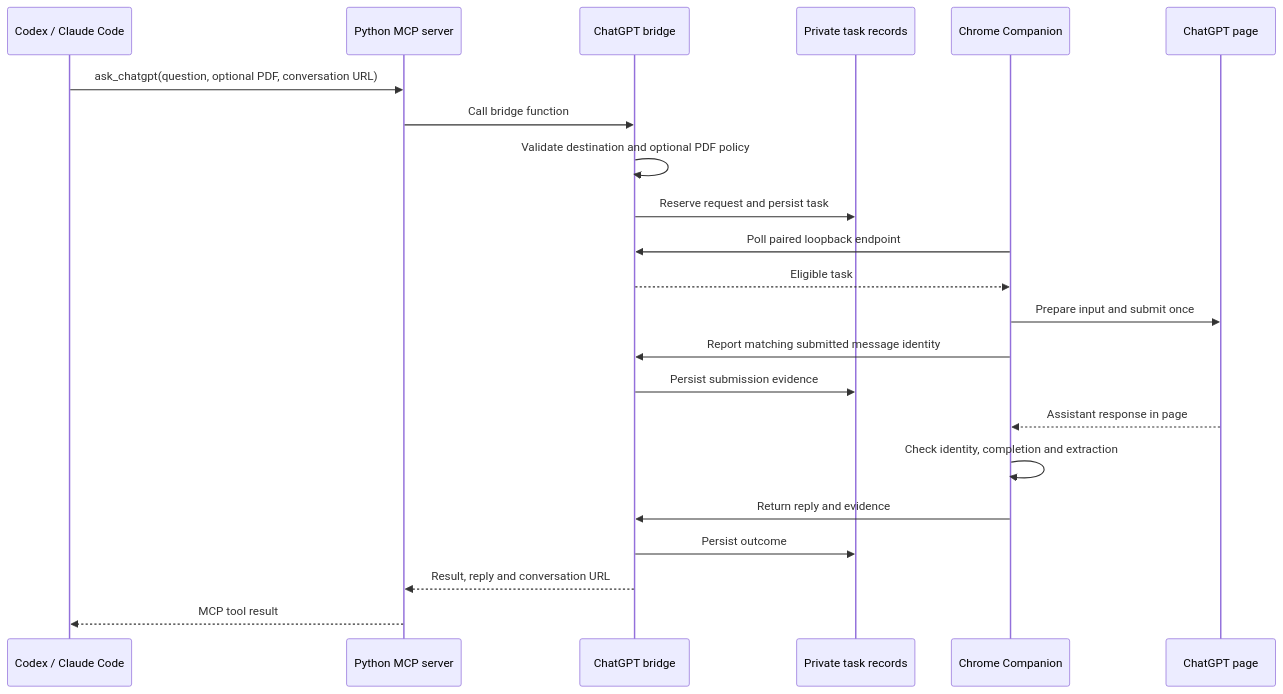
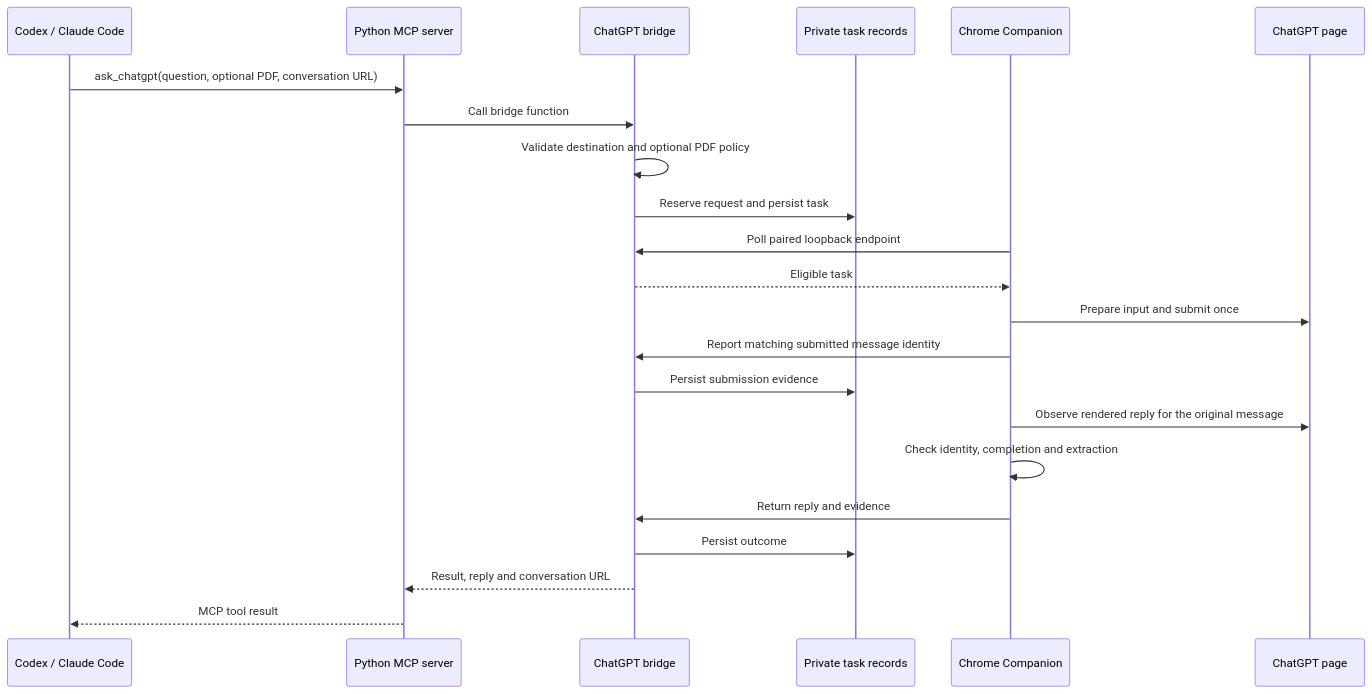
One commit to felixchenfy/ask-my-chatgpt changed the first of 2 diagrams in docs/design.md. Above: the diagram before and after it, drawn with Mermaid. The commit also changed other lines of this file and 2 other files, not shown here.

Commit message:
Clarify architecture boundaries after GPT documentation review

````diff
--- a/docs/design.md
+++ b/docs/design.md
@@ -34,24 +34,24 @@
 ```mermaid
 sequenceDiagram
     participant C as Codex / Claude Code
     participant M as Python MCP server
     participant B as ChatGPT bridge
     participant R as Private task records
     participant X as Chrome Companion
     participant G as ChatGPT page
     C->>M: ask_chatgpt(question, optional PDF, conversation URL)
     M->>B: Call bridge function
     B->>B: Validate destination and optional PDF policy
     B->>R: Reserve request and persist task
     X->>B: Poll paired loopback endpoint
     B-->>X: Eligible task
     X->>G: Prepare input and submit once
     X->>B: Report matching submitted message identity
     B->>R: Persist submission evidence
-    G-->>X: Assistant response in page
+    X->>G: Observe rendered reply for the original message
     X->>X: Check identity, completion and extraction
     X->>B: Return reply and evidence
     B->>R: Persist outcome
     B-->>M: Result, reply and conversation URL
     M-->>C: MCP tool result
 ```
````
